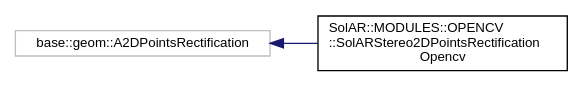
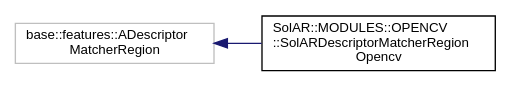
One commit to SolarFramework/solarframework.github.io changed the diagram in api_module_documentation/inherit_graph_8.dot. Above: the diagram before and after it, drawn with Graphviz. The commit also changed 64 other files, not shown here.

```diff
--- a/api_module_documentation/inherit_graph_8.dot
+++ b/api_module_documentation/inherit_graph_8.dot
@@ -1,10 +1,10 @@
 digraph "Graphical Class Hierarchy"
 {
  // LATEX_PDF_SIZE
   edge [fontname="Helvetica",fontsize="10",labelfontname="Helvetica",labelfontsize="10"];
   node [fontname="Helvetica",fontsize="10",shape=record];
   rankdir="LR";
-  Node1 [label="base::geom::A2DPointsRectification",height=0.2,width=0.4,color="grey75", fillcolor="white", style="filled",tooltip=" "];
-  Node1 -> Node0 [dir="back",color="midnightblue",fontsize="10",style="solid",fontname="Helvetica"];
-  Node0 [label="SolAR::MODULES::OPENCV\l::SolARStereo2DPointsRectification\lOpencv",height=0.2,width=0.4,color="black", fillcolor="white", style="filled",URL="$class_sol_a_r_1_1_m_o_d_u_l_e_s_1_1_o_p_e_n_c_v_1_1_sol_a_r_stereo2_d_points_rectification_opencv.html",tooltip="Rectify 2D points. UUID: bf4c7011-b7e6-453d-a755-884dac18d3ee"];
+  Node9 [label="base::features::ADescriptor\lMatcherRegion",height=0.2,width=0.4,color="grey75", fillcolor="white", style="filled",tooltip=" "];
+  Node9 -> Node0 [dir="back",color="midnightblue",fontsize="10",style="solid",fontname="Helvetica"];
+  Node0 [label="SolAR::MODULES::OPENCV\l::SolARDescriptorMatcherRegion\lOpencv",height=0.2,width=0.4,color="black", fillcolor="white", style="filled",URL="$class_sol_a_r_1_1_m_o_d_u_l_e_s_1_1_o_p_e_n_c_v_1_1_sol_a_r_descriptor_matcher_region_opencv.html",tooltip="Matches two sets of descriptors based on region constraints. UUID: a12a8706-299b-4981-b12b-60717ef3b1..."];
 }
```
